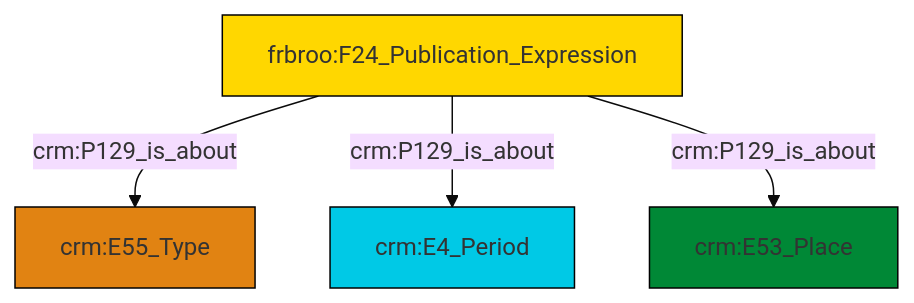
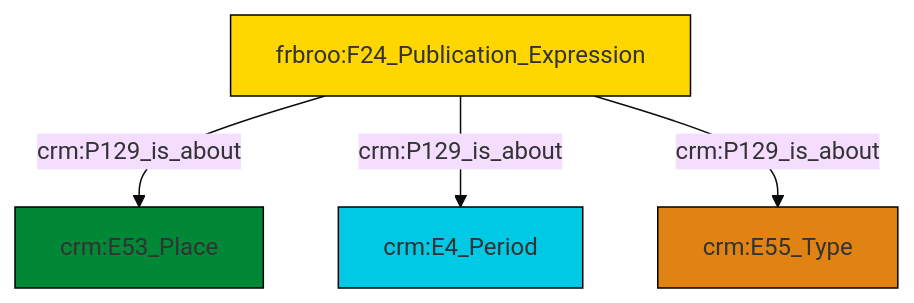
Before and after one commit to swiss-art-research-net/docs.swissartresearch: the diagram in et/biblioCSV/ttl/mmd/biblio_aboutness.ttl.mmd, drawn with Mermaid (base theme). The commit also changed 175 other files, not shown here.

```diff
--- a/et/biblioCSV/ttl/mmd/biblio_aboutness.ttl.mmd
+++ b/et/biblioCSV/ttl/mmd/biblio_aboutness.ttl.mmd
@@ -1,18 +1,18 @@
 graph TD
 classDef Literal fill:#f2f2f2,stroke:#000000;
 classDef CRM_Entity fill:#FFFFFF,stroke:#000000;
 classDef Temporal_Entity fill:#00C9E6, stroke:#000000;
 classDef Type fill:#E18312, stroke:#000000;
 classDef Time-Span fill:#2C9C91, stroke:#000000;
 classDef Appellation fill:#FFEB7F, stroke:#000000;
 classDef Place fill:#008836, stroke:#000000;
 classDef Persistent_Item fill:#B266B2, stroke:#000000;
 classDef Conceptual_Object fill:#FFD700, stroke:#000000;
 classDef Physical_Thing fill:#D2B48C, stroke:#000000;
 classDef Actor fill:#f58aad, stroke:#000000;
 classDef PC_Classes fill:#4ce600, stroke:#000000;
 classDef Multi fill:#cccccc,stroke:#000000;
 
-0["frbroo:F24_Publication_Expression"]:::Conceptual_Object -->|crm:P129_is_about| 1["crm:E55_Type"]:::Type
-0["frbroo:F24_Publication_Expression"]:::Conceptual_Object -->|crm:P129_is_about| 3["crm:E4_Period"]:::Temporal_Entity
-0["frbroo:F24_Publication_Expression"]:::Conceptual_Object -->|crm:P129_is_about| 4["crm:E53_Place"]:::Place
+0["frbroo:F24_Publication_Expression"]:::Conceptual_Object -->|crm:P129_is_about| 2["crm:E53_Place"]:::Place
+0["frbroo:F24_Publication_Expression"]:::Conceptual_Object -->|crm:P129_is_about| 6["crm:E4_Period"]:::Temporal_Entity
+0["frbroo:F24_Publication_Expression"]:::Conceptual_Object -->|crm:P129_is_about| 3["crm:E55_Type"]:::Type
```
